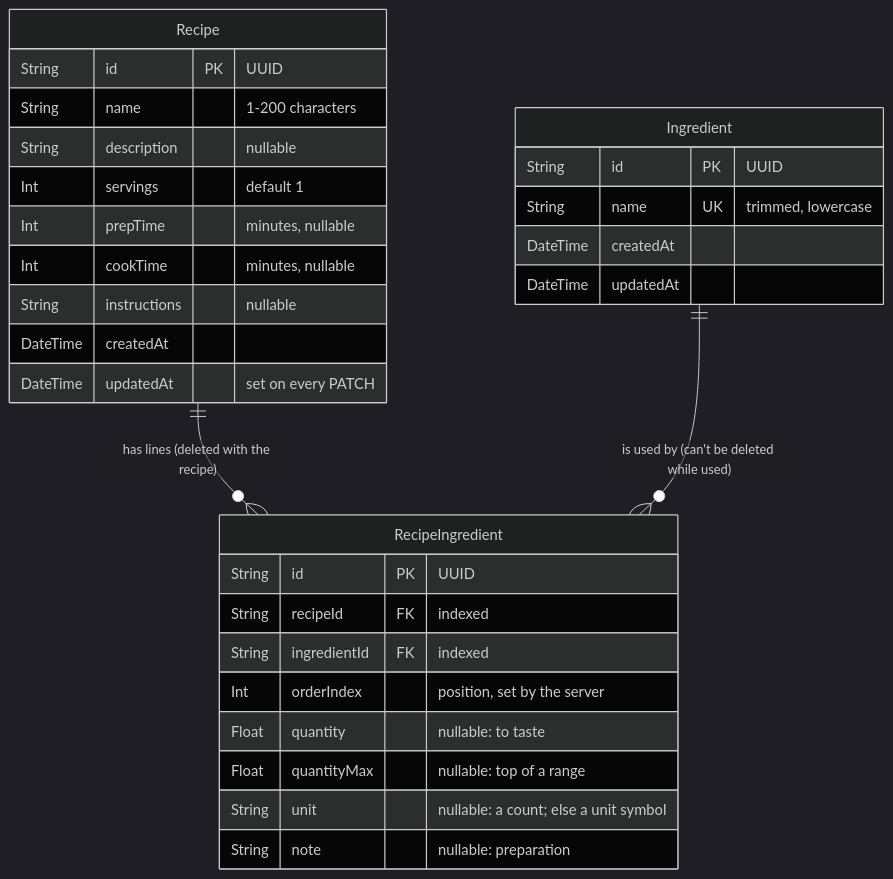
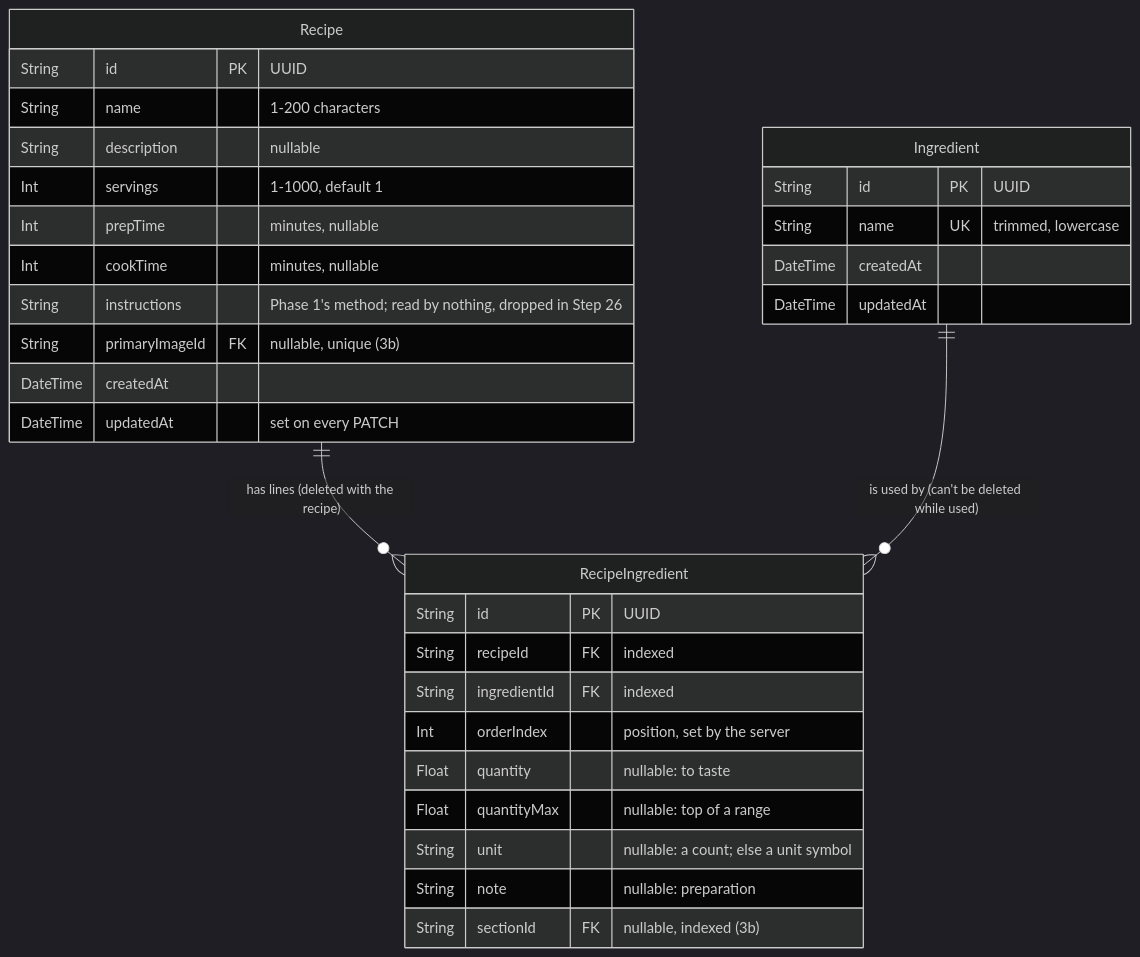
Before and after one commit to A-W-Coding/mise-en-place: the first of 2 diagrams in docs/erd.md, drawn with Mermaid (dark theme). The commit also changed other lines of this file and 33 other files, not shown here.

First line of the commit message:
Step 20: the 3b schema, and sections and steps through the API (F2, F6, F7)

````diff
--- a/docs/erd.md
+++ b/docs/erd.md
@@ -5,35 +7,37 @@
 ```mermaid
 erDiagram
     Recipe ||--o{ RecipeIngredient : "has lines (deleted with the recipe)"
     Ingredient ||--o{ RecipeIngredient : "is used by (can't be deleted while used)"
 
     Recipe {
         String id PK "UUID"
         String name "1-200 characters"
         String description "nullable"
-        Int servings "default 1"
+        Int servings "1-1000, default 1"
         Int prepTime "minutes, nullable"
         Int cookTime "minutes, nullable"
-        String instructions "nullable"
+        String instructions "Phase 1's method; read by nothing, dropped in Step 26"
+        String primaryImageId FK "nullable, unique (3b)"
         DateTime createdAt
         DateTime updatedAt "set on every PATCH"
     }
 
     Ingredient {
         String id PK "UUID"
         String name UK "trimmed, lowercase"
         DateTime createdAt
         DateTime updatedAt
     }
 
     RecipeIngredient {
         String id PK "UUID"
         String recipeId FK "indexed"
         String ingredientId FK "indexed"
         Int orderIndex "position, set by the server"
         Float quantity "nullable: to taste"
         Float quantityMax "nullable: top of a range"
         String unit "nullable: a count; else a unit symbol"
         String note "nullable: preparation"
+        String sectionId FK "nullable, indexed (3b)"
     }
 ```
````
